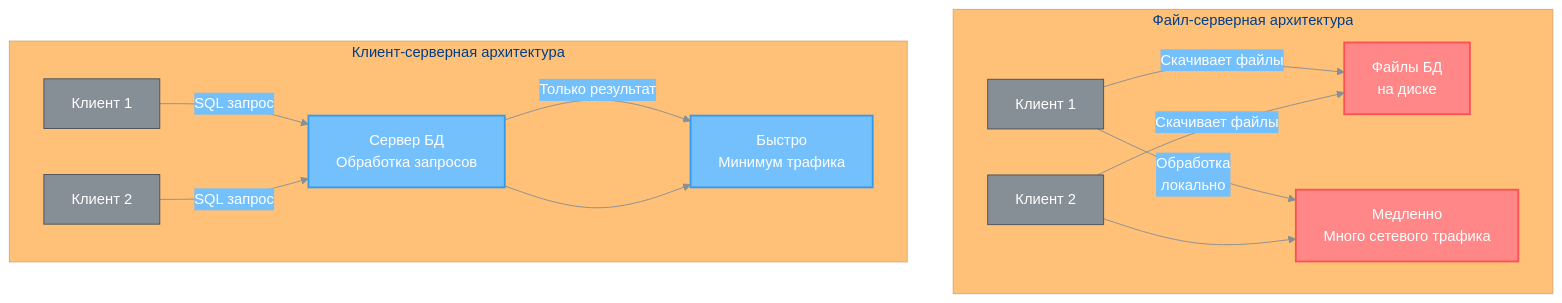
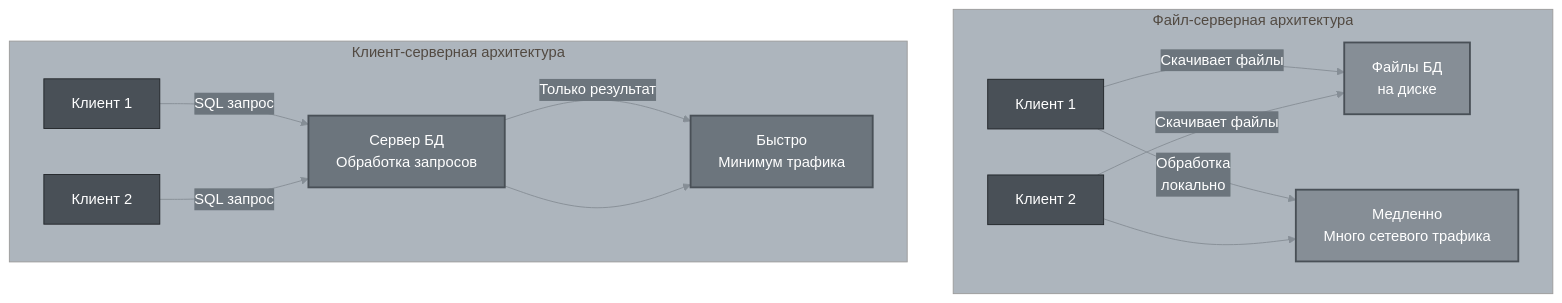
Before and after one commit to alx314vo/db_exam: the first of 23 diagrams in db_exam.md, drawn with Mermaid. The commit also changed other lines of this file, not shown here.

````diff
--- a/db_exam.md
+++ b/db_exam.md
@@ -69,22 +69,22 @@
 ```mermaid
-%%{init: {'theme':'base', 'themeVariables': {'primaryColor':'#868e96','primaryTextColor':'#fff','primaryBorderColor':'#495057','lineColor':'#868e96','secondaryColor':'#74c0fc','tertiaryColor':'#ffc078','background':'#ffffff','textColor':'#212529'}}}%%
+%%{init: {'theme':'base', 'themeVariables': {'primaryColor':'#495057','primaryTextColor':'#fff','primaryBorderColor':'#212529','lineColor':'#868e96','secondaryColor':'#6c757d','tertiaryColor':'#adb5bd','background':'#ffffff','textColor':'#212529'}}}%%
 graph TB
     subgraph "Файл-серверная архитектура"
         FS1[Клиент 1] -->|Скачивает файлы| FS2[Файлы БД<br/>на диске]
         FS3[Клиент 2] -->|Скачивает файлы| FS2
         FS1 -->|Обработка<br/>локально| FS4[Медленно<br/>Много сетевого трафика]
         FS3 --> FS4
     end
     
     subgraph "Клиент-серверная архитектура"
         CS1[Клиент 1] -->|SQL запрос| CS2[Сервер БД<br/>Обработка запросов]
         CS3[Клиент 2] -->|SQL запрос| CS2
         CS2 -->|Только результат| CS4[Быстро<br/>Минимум трафика]
         CS2 --> CS4
     end
     
-    style FS2 fill:#ff8787,stroke:#fa5252,stroke-width:2px,color:#fff
-    style FS4 fill:#ff8787,stroke:#fa5252,stroke-width:2px,color:#fff
-    style CS2 fill:#74c0fc,stroke:#339af0,stroke-width:2px,color:#fff
-    style CS4 fill:#74c0fc,stroke:#339af0,stroke-width:2px,color:#fff
+    style FS2 fill:#868e96,stroke:#495057,stroke-width:2px,color:#fff
+    style FS4 fill:#868e96,stroke:#495057,stroke-width:2px,color:#fff
+    style CS2 fill:#6c757d,stroke:#495057,stroke-width:2px,color:#fff
+    style CS4 fill:#6c757d,stroke:#495057,stroke-width:2px,color:#fff
 ```
````
